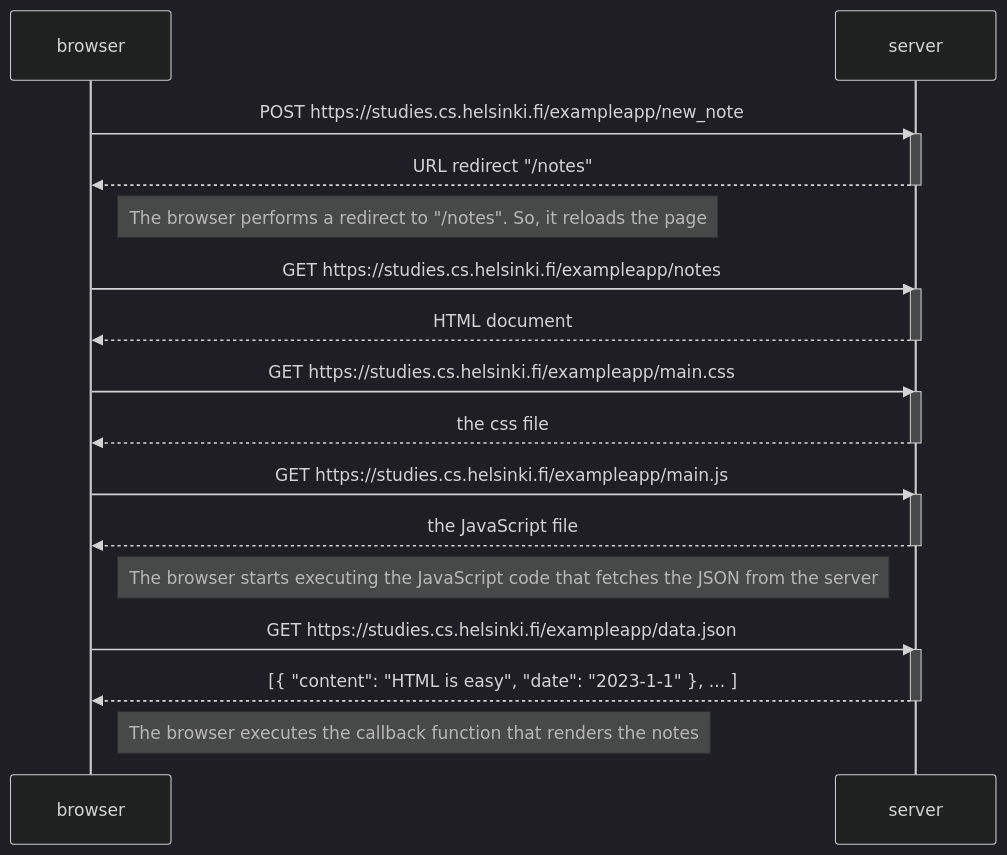
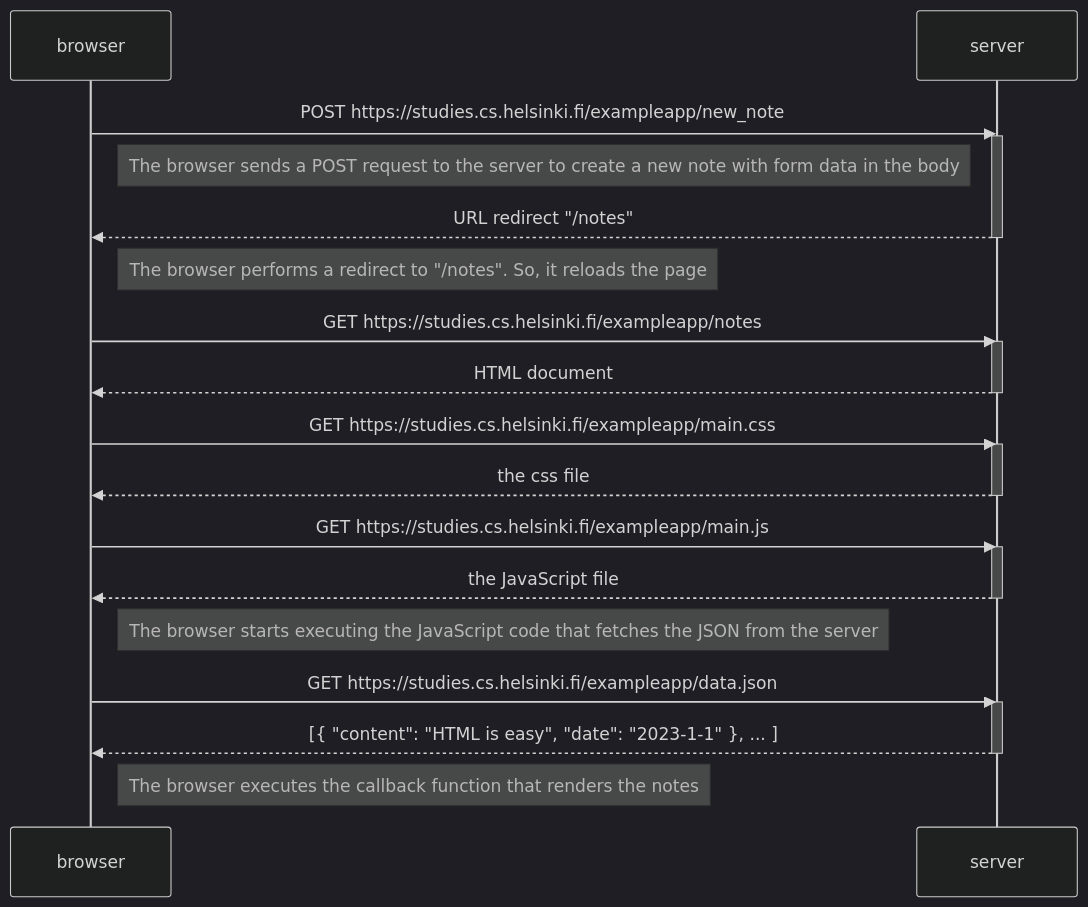
Before and after one commit to jpin730/helsinki-fullstack-open-course: the diagram in part-0/exercise-0.4.md, drawn with Mermaid (dark theme).

Commit message:
refactor: :recycle: add explanation for POST request in exercise 0.4 diagram

````diff
--- a/part-0/exercise-0.4.md
+++ b/part-0/exercise-0.4.md
@@ -3,36 +3,39 @@
 ```mermaid
 sequenceDiagram
     participant browser
     participant server
 
     browser->>server: POST https://studies.cs.helsinki.fi/exampleapp/new_note
     activate server
+
+    Note right of browser: The browser sends a POST request to the server to create a new note with form data in the body
+
     server-->>browser: URL redirect "/notes"
     deactivate server
 
     Note right of browser: The browser performs a redirect to "/notes". So, it reloads the page
 
     browser->>server: GET https://studies.cs.helsinki.fi/exampleapp/notes
     activate server
     server-->>browser: HTML document
     deactivate server
 
     browser->>server: GET https://studies.cs.helsinki.fi/exampleapp/main.css
     activate server
     server-->>browser: the css file
     deactivate server
 
     browser->>server: GET https://studies.cs.helsinki.fi/exampleapp/main.js
     activate server
     server-->>browser: the JavaScript file
     deactivate server
 
     Note right of browser: The browser starts executing the JavaScript code that fetches the JSON from the server
 
     browser->>server: GET https://studies.cs.helsinki.fi/exampleapp/data.json
     activate server
     server-->>browser: [{ "content": "HTML is easy", "date": "2023-1-1" }, ... ]
     deactivate server
 
     Note right of browser: The browser executes the callback function that renders the notes
 ```
````
